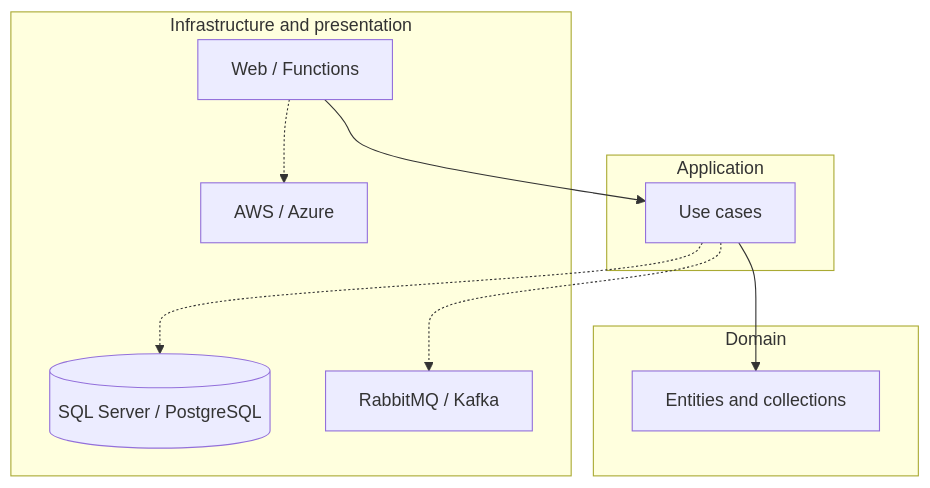
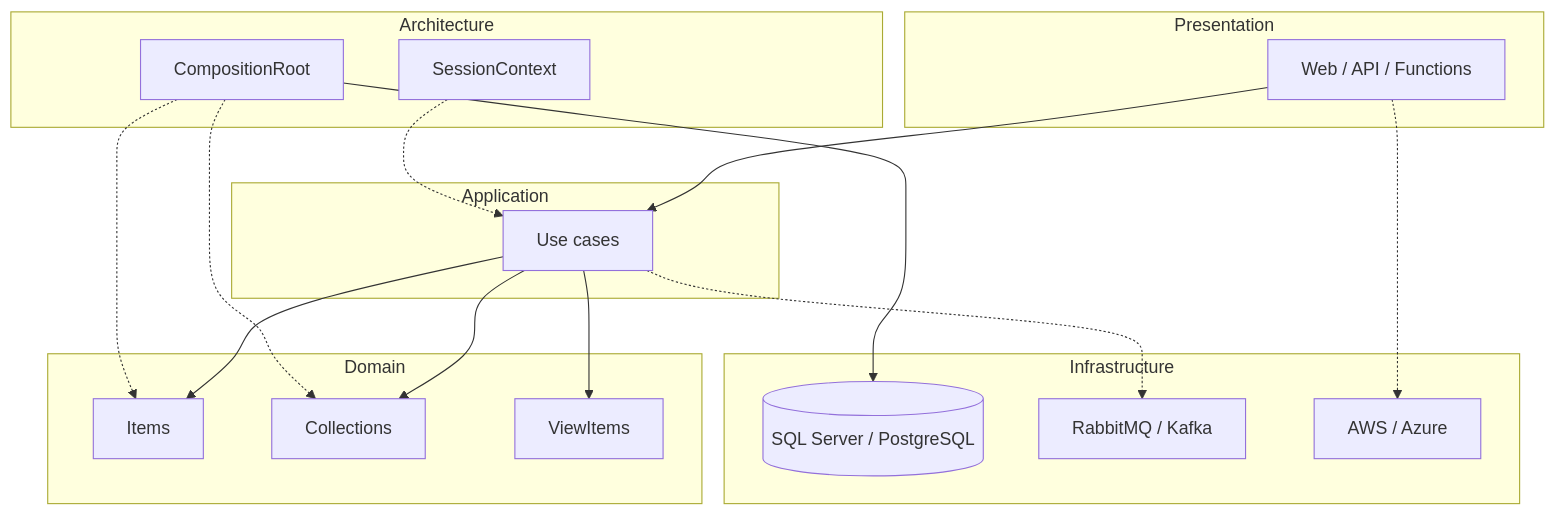
One commit to franselstadt/franselstadt changed the diagram in README.md. Above: the diagram before and after it, drawn with Mermaid. The commit also changed other lines of this file, not shown here.

Commit message:
Lead the profile README with DDD and architecture, not a resume.

````diff
--- a/README.md
+++ b/README.md
@@ -80,20 +32,33 @@
 ```mermaid
 flowchart TB
-  subgraph adapters [Infrastructure and presentation]
-    UI[Web / Functions]
-    SQL[(SQL Server / PostgreSQL)]
-    BUS[RabbitMQ / Kafka]
-    CLOUD[AWS / Azure]
+  subgraph presentation [Presentation]
+    UI[Web / API / Functions]
   end
   subgraph application [Application]
     UC[Use cases]
   end
   subgraph domain [Domain]
-    M[Entities and collections]
+    I[Items]
+    C[Collections]
+    V[ViewItems]
+  end
+  subgraph architecture [Architecture]
+    CR[CompositionRoot]
+    SC[SessionContext]
+  end
+  subgraph infrastructure [Infrastructure]
+    SQL[(SQL Server / PostgreSQL)]
+    BUS[RabbitMQ / Kafka]
+    CLOUD[AWS / Azure]
   end
   UI --> UC
-  UC --> M
-  UC -.-> SQL
+  UC --> I
+  UC --> C
+  UC --> V
+  CR -.-> I
+  CR -.-> C
+  CR --> SQL
   UC -.-> BUS
   UI -.-> CLOUD
+  SC -.-> UC
 ```
````
